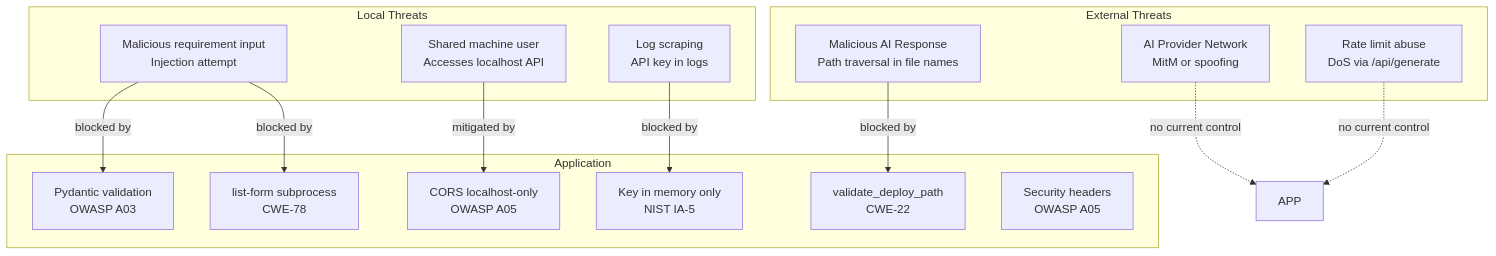
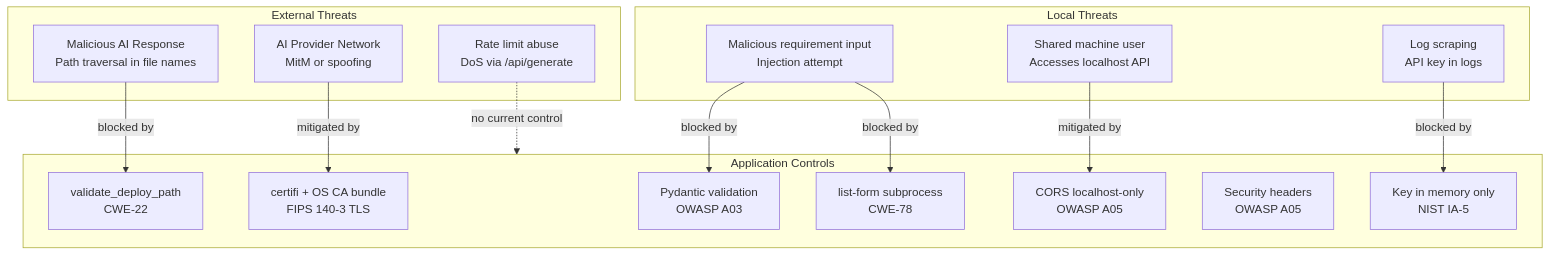
One commit to DXCSithlordPadawan/planforaplan changed the diagram in app/docs/07-SECURITY-COMPLIANCE.md. Above: the diagram before and after it, drawn with Mermaid. The commit also changed other lines of this file and 10 other files, not shown here.

````diff
--- a/app/docs/07-SECURITY-COMPLIANCE.md
+++ b/app/docs/07-SECURITY-COMPLIANCE.md
@@ -46,31 +46,32 @@
 ```mermaid
 flowchart TD
     subgraph External["External Threats"]
         T1[Malicious AI Response\nPath traversal in file names]
         T2[AI Provider Network\nMitM or spoofing]
         T3[Rate limit abuse\nDoS via /api/generate]
     end
 
     subgraph Local["Local Threats"]
         T4[Malicious requirement input\nInjection attempt]
         T5[Shared machine user\nAccesses localhost API]
         T6[Log scraping\nAPI key in logs]
     end
 
-    subgraph App["Application"]
+    subgraph App["Application Controls"]
         C1[validate_deploy_path\nCWE-22]
         C2[list-form subprocess\nCWE-78]
         C3[Pydantic validation\nOWASP A03]
         C4[Key in memory only\nNIST IA-5]
         C5[CORS localhost-only\nOWASP A05]
         C6[Security headers\nOWASP A05]
+        C7[certifi + OS CA bundle\nFIPS 140-3 TLS]
     end
 
     T1 -->|blocked by| C1
     T4 -->|blocked by| C3
     T4 -->|blocked by| C2
     T5 -->|mitigated by| C5
     T6 -->|blocked by| C4
-    T2 -.->|no current control| APP
-    T3 -.->|no current control| APP
+    T2 -->|mitigated by| C7
+    T3 -.->|no current control| App
 ```
````
